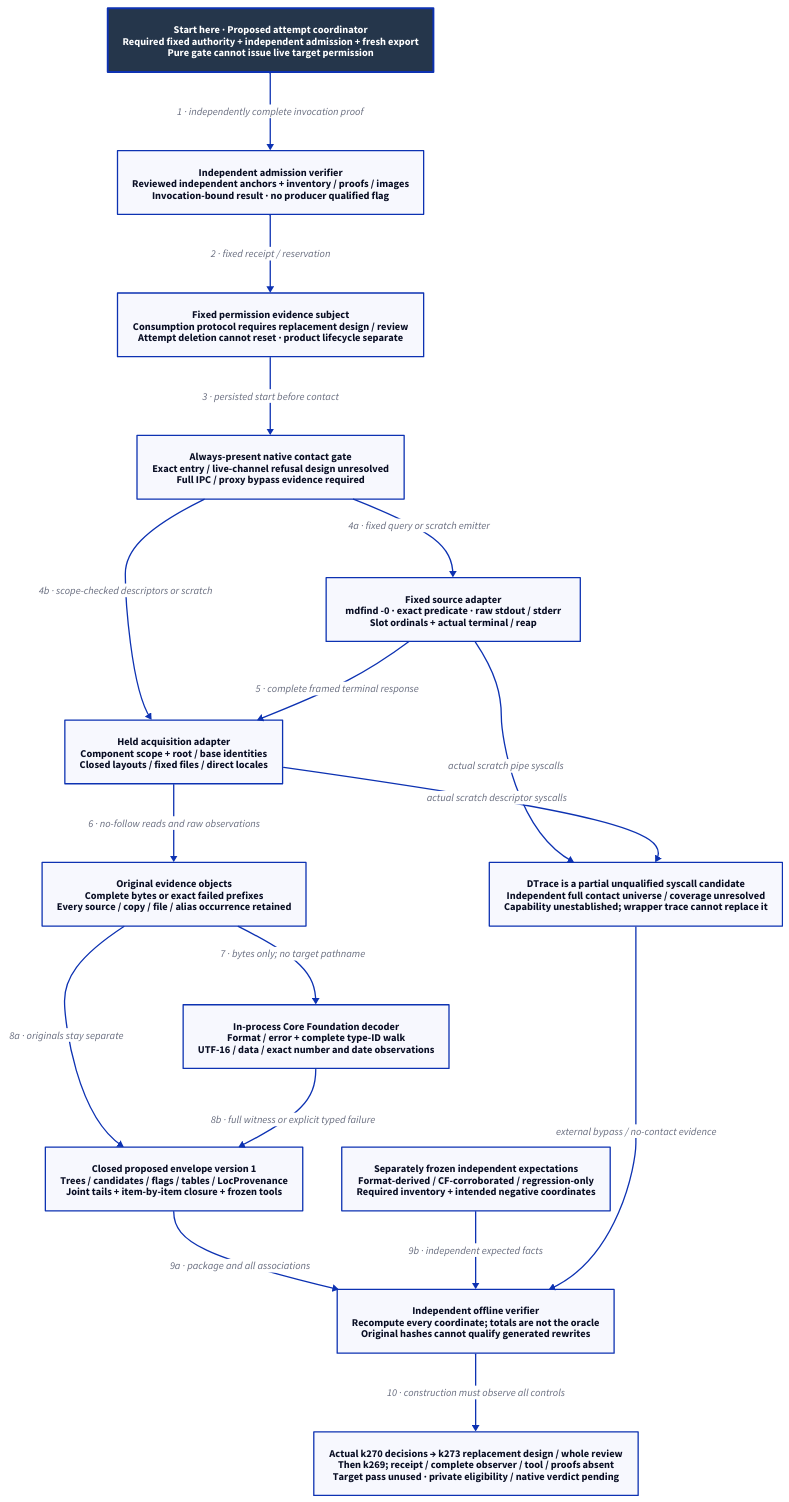
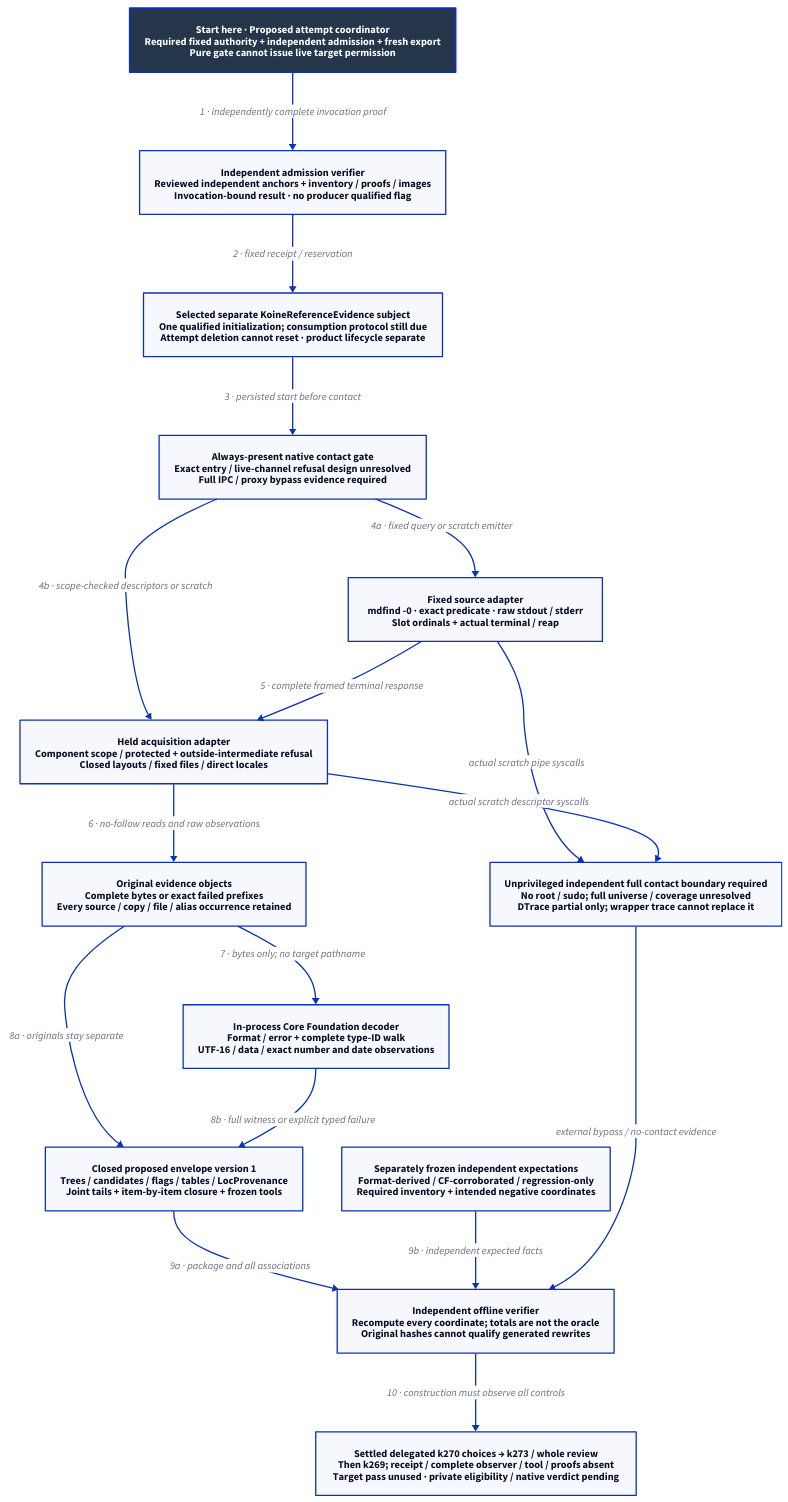
One commit to Linkuistics/Koine changed the diagram in docs/design/architecture/native-reference-instrument.d2. Above: the diagram before and after it, drawn with D2. The commit also changed 22 other files, not shown here.

Commit message:
Settle delegated evidence authority (reference-evidence-authority-k270)

```diff
--- a/docs/design/architecture/native-reference-instrument.d2
+++ b/docs/design/architecture/native-reference-instrument.d2
@@ -1,34 +1,34 @@
 # Proposed evidence-tool components; none is implemented or qualified by this design.
 direction: down
 classes: {
   start: {style: {fill: "#25364B"; font-color: "#FFFFFF"; bold: true; stroke-width: 3}}
 }
 Start: "Start here · Proposed attempt coordinator\nRequired fixed authority + independent admission + fresh export\nPure gate cannot issue live target permission" {class: start}
 Admission: "Independent admission verifier\nReviewed independent anchors + inventory / proofs / images\nInvocation-bound result · no producer qualified flag"
-Authority: "Fixed permission evidence subject\nConsumption protocol requires replacement design / review\nAttempt deletion cannot reset · product lifecycle separate"
+Authority: "Selected separate KoineReferenceEvidence subject\nOne qualified initialization; consumption protocol still due\nAttempt deletion cannot reset · product lifecycle separate"
 Gate: "Always-present native contact gate\nExact entry / live-channel refusal design unresolved\nFull IPC / proxy bypass evidence required"
 Source: "Fixed source adapter\nmdfind -0 · exact predicate · raw stdout / stderr\nSlot ordinals + actual terminal / reap"
-Held: "Held acquisition adapter\nComponent scope + root / base identities\nClosed layouts / fixed files / direct locales"
+Held: "Held acquisition adapter\nComponent scope / protected + outside-intermediate refusal\nClosed layouts / fixed files / direct locales"
 Objects: "Original evidence objects\nComplete bytes or exact failed prefixes\nEvery source / copy / file / alias occurrence retained"
 Decoder: "In-process Core Foundation decoder\nFormat / error + complete type-ID walk\nUTF-16 / data / exact number and date observations"
 Envelope: "Closed proposed envelope version 1\nTrees / candidates / flags / tables / LocProvenance\nJoint tails + item-by-item closure + frozen tools"
 Oracle: "Separately frozen independent expectations\nFormat-derived / CF-corroborated / regression-only\nRequired inventory + intended negative coordinates"
-Observer: "DTrace is a partial unqualified syscall candidate\nIndependent full contact universe / coverage unresolved\nCapability unestablished; wrapper trace cannot replace it"
+Observer: "Unprivileged independent full contact boundary required\nNo root / sudo; full universe / coverage unresolved\nDTrace partial only; wrapper trace cannot replace it"
 Verifier: "Independent offline verifier\nRecompute every coordinate; totals are not the oracle\nOriginal hashes cannot qualify generated rewrites"
-Boundary: "Actual k270 decisions → k273 replacement design / whole review\nThen k269; receipt / complete observer / tool / proofs absent\nTarget pass unused · private eligibility / native verdict pending"
+Boundary: "Settled delegated k270 choices → k273 / whole review\nThen k269; receipt / complete observer / tool / proofs absent\nTarget pass unused · private eligibility / native verdict pending"
 Start -> Admission: "1 · independently complete invocation proof"
 Admission -> Authority: "2 · fixed receipt / reservation"
 Authority -> Gate: "3 · persisted start before contact"
 Gate -> Source: "4a · fixed query or scratch emitter"
 Gate -> Held: "4b · scope-checked descriptors or scratch"
 Source -> Held: "5 · complete framed terminal response"
 Held -> Objects: "6 · no-follow reads and raw observations"
 Objects -> Decoder: "7 · bytes only; no target pathname"
 Objects -> Envelope: "8a · originals stay separate"
 Decoder -> Envelope: "8b · full witness or explicit typed failure"
 Envelope -> Verifier: "9a · package and all associations"
 Oracle -> Verifier: "9b · independent expected facts"
 Source -> Observer: "actual scratch pipe syscalls"
 Held -> Observer: "actual scratch descriptor syscalls"
 Observer -> Verifier: "external bypass / no-contact evidence"
 Verifier -> Boundary: "10 · construction must observe all controls"
```
